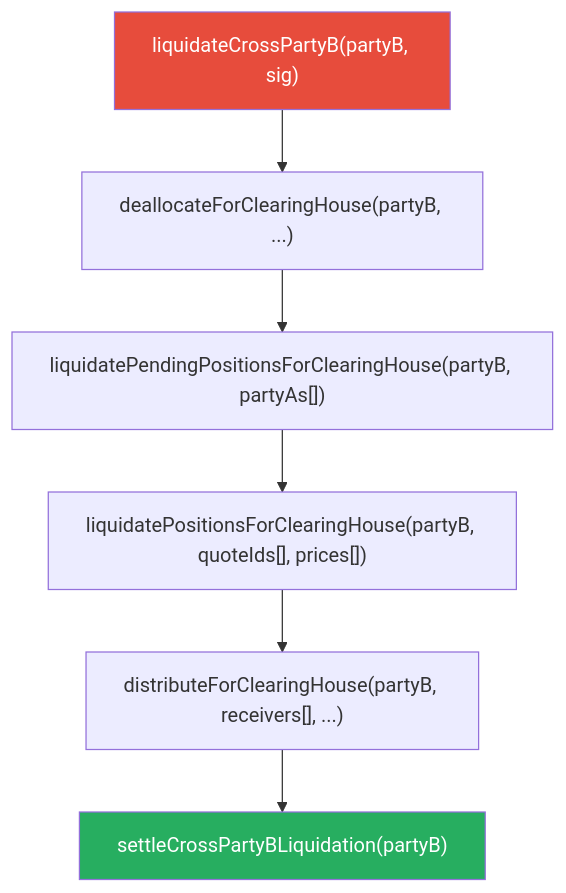
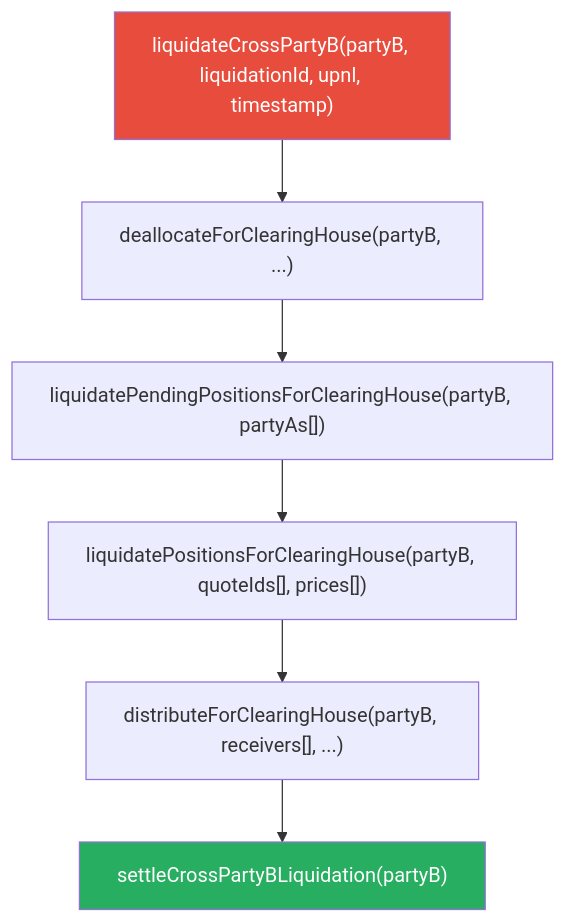
One commit to SYMM-IO/perps-core changed the first of 4 diagrams in docs/ClearingHouse.md. Above: the diagram before and after it, drawn with Mermaid. The commit also changed other lines of this file and 13 other files, not shown here.

First line of the commit message:
fix(clearinghouse): remove CrossLiquidationSig and add missing partyB liquidation guard on chargeFundingRate

````diff
--- a/docs/ClearingHouse.md
+++ b/docs/ClearingHouse.md
@@ -35,11 +35,11 @@
 ```mermaid
 flowchart TD
-    A["liquidateCrossPartyB(partyB, sig)"] --> B["deallocateForClearingHouse(partyB, ...)"]
+    A["liquidateCrossPartyB(partyB, liquidationId, upnl, timestamp)"] --> B["deallocateForClearingHouse(partyB, ...)"]
     B --> C["liquidatePendingPositionsForClearingHouse(partyB, partyAs[])"]
     C --> D["liquidatePositionsForClearingHouse(partyB, quoteIds[], prices[])"]
     D --> E["distributeForClearingHouse(partyB, receivers[], ...)"]
     E --> F["settleCrossPartyBLiquidation(partyB)"]
 
     style A fill:#e74c3c,color:#fff
     style F fill:#27ae60,color:#fff
 ```
````
